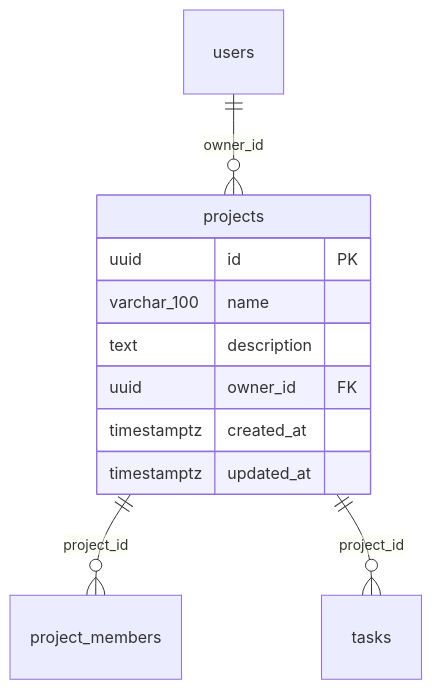
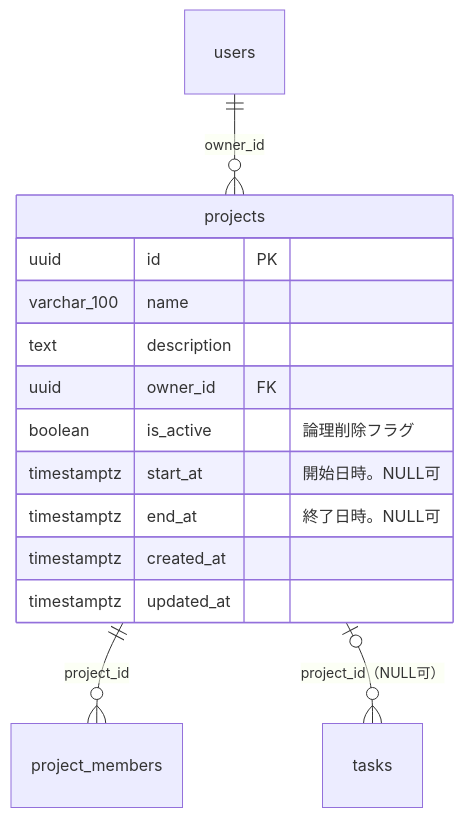
One commit to oikawa-d/task_management changed the first of 3 diagrams in detailed_design/database/04_table_projects.md. Above: the diagram before and after it, drawn with Mermaid. The commit also changed other lines of this file and 25 other files, not shown here.

````diff
--- a/detailed_design/database/04_table_projects.md
+++ b/detailed_design/database/04_table_projects.md
@@ -110,15 +131,18 @@
 ```mermaid
 erDiagram
     users ||--o{ projects : "owner_id"
     projects ||--o{ project_members : "project_id"
-    projects ||--o{ tasks : "project_id"
+    projects |o--o{ tasks : "project_id（NULL可）"
 
     projects {
         uuid id PK
         varchar_100 name
         text description
         uuid owner_id FK
+        boolean is_active "論理削除フラグ"
+        timestamptz start_at "開始日時。NULL可"
+        timestamptz end_at "終了日時。NULL可"
         timestamptz created_at
         timestamptz updated_at
     }
 ```
````
